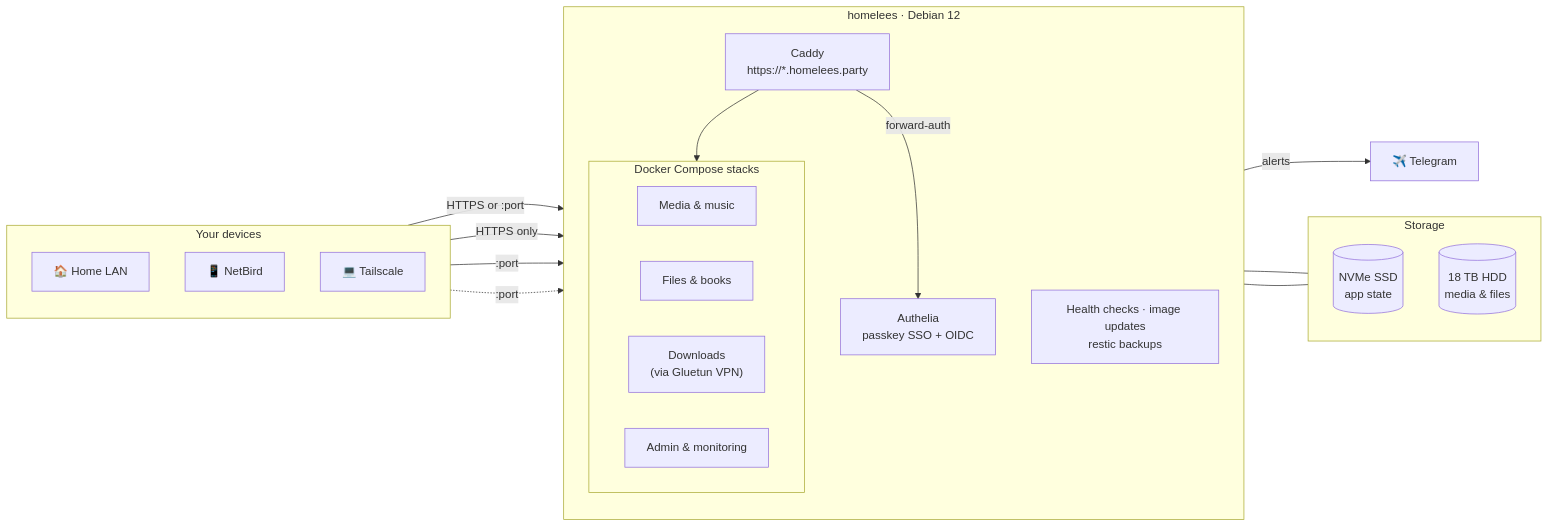
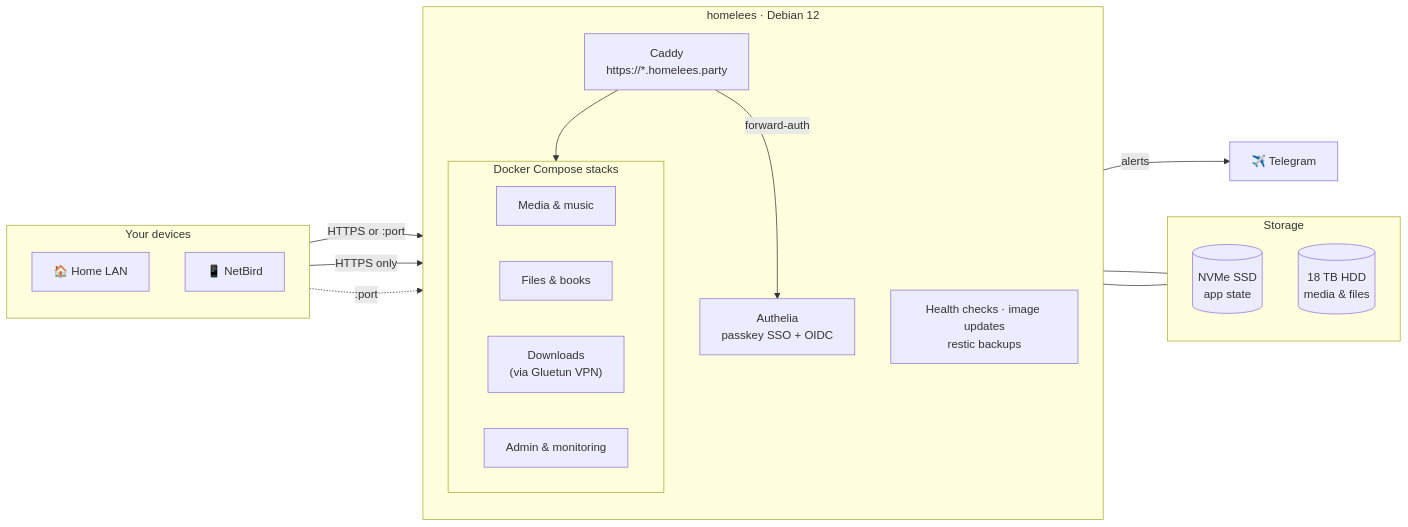
The diagram in README.md (giacolees/homelees-stacks), drawn with Mermaid before and after one commit. The commit also changed other lines of this file and 48 other files, not shown here.

````diff
--- a/README.md
+++ b/README.md
@@ -75,41 +75,39 @@
 ```mermaid
 flowchart LR
     subgraph clients["Your devices"]
         direction TB
         lan["🏠 Home LAN"]
         nb["📱 NetBird"]
-        ts["💻 Tailscale"]
     end
 
     subgraph host["homelees · Debian 12"]
         direction TB
         caddy["Caddy<br/>https://*.homelees.party"]
         authelia["Authelia<br/>passkey SSO + OIDC"]
         subgraph apps["Docker Compose stacks"]
             direction LR
             media["Media & music"]
             files["Files & books"]
             dl["Downloads<br/>(via Gluetun VPN)"]
             admin["Admin & monitoring"]
         end
         ops["Health checks · image updates<br/>restic backups"]
     end
 
     subgraph storage["Storage"]
         direction TB
         ssd[("NVMe SSD<br/>app state")]
         hdd[("18 TB HDD<br/>media & files")]
     end
 
     tg["✈️ Telegram"]
 
     lan -- "HTTPS or :port" --> caddy
     nb -- "HTTPS only" --> caddy
-    ts -- ":port" --> apps
     lan -. ":port" .-> apps
     caddy -- "forward-auth" --> authelia
     caddy --> apps
     apps --- ssd
     apps --- hdd
     ops -- alerts --> tg
 ```
````
